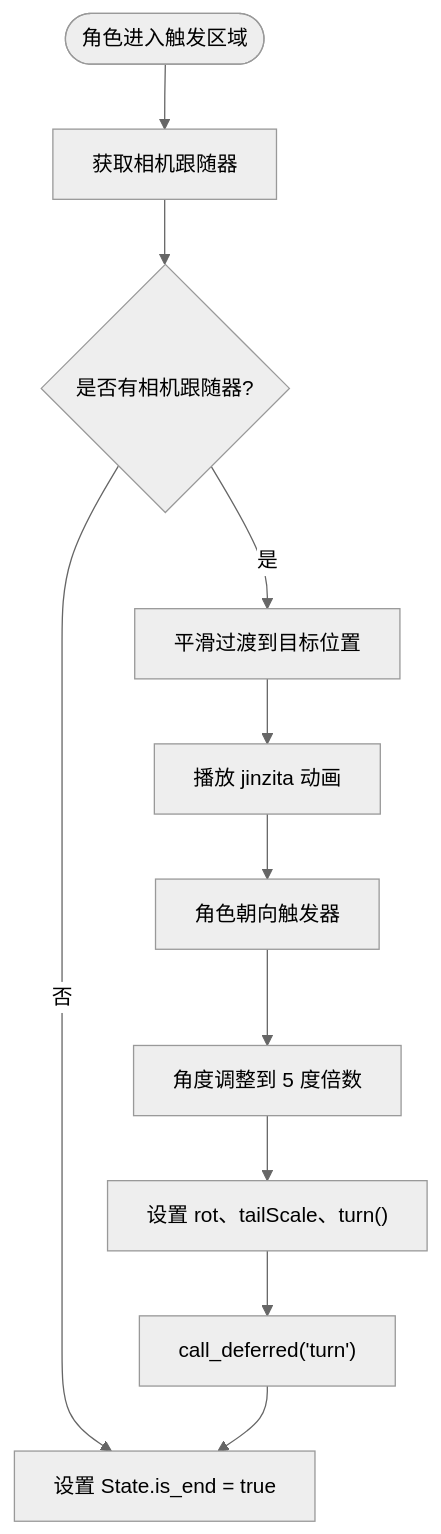
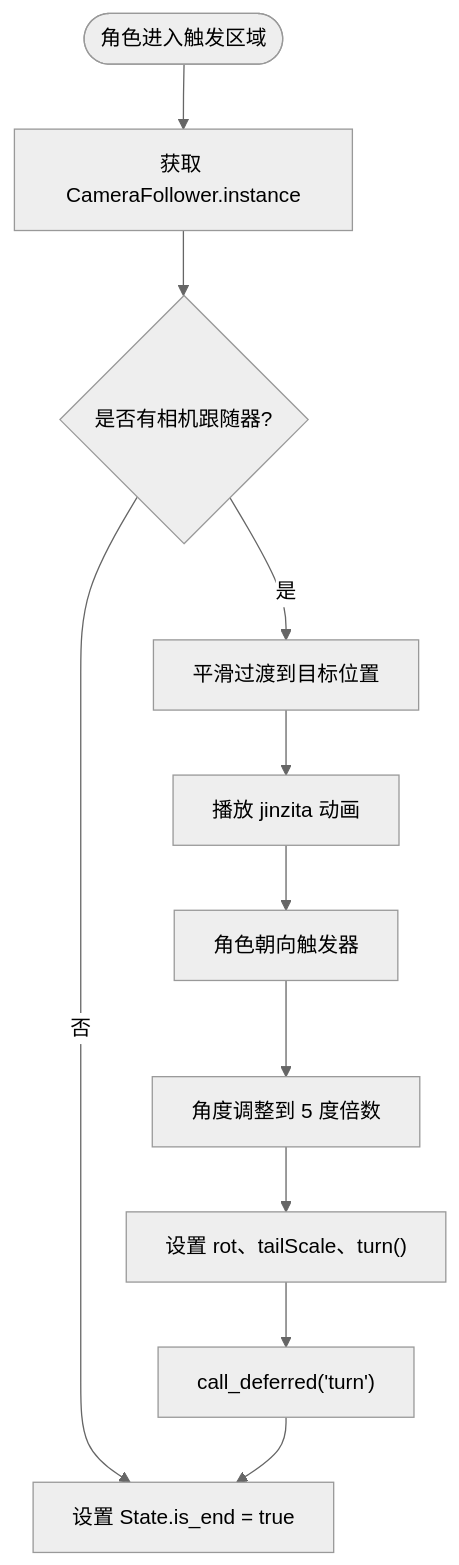
One commit to godotline/godot-line changed the sixth of 13 diagrams in .qoder/repowiki/zh/content/游戏系统/触发器系统/触发器系统.md. Above: the diagram before and after it, drawn with Mermaid (neutral theme). The commit also changed other lines of this file and 44 other files, not shown here.

````diff
--- a/.qoder/repowiki/zh/content/游戏系统/触发器系统/触发器系统.md
+++ b/.qoder/repowiki/zh/content/游戏系统/触发器系统/触发器系统.md
@@ -404,13 +428,13 @@
 ```mermaid
 flowchart TD
-Start(["角色进入触发区域"]) --> GetCamera["获取相机跟随器"]
+Start(["角色进入触发区域"]) --> GetCamera["获取 CameraFollower.instance"]
 GetCamera --> CheckCamera{"是否有相机跟随器?"}
 CheckCamera --> |否| SetEnd["设置 State.is_end = true"]
 CheckCamera --> |是| LerpCamera["平滑过渡到目标位置"]
 LerpCamera --> PlayAnim["播放 jinzita 动画"]
 PlayAnim --> LookAt["角色朝向触发器"]
 LookAt --> RoundAngle["角度调整到 5 度倍数"]
 RoundAngle --> SetFlags["设置 rot、tailScale、turn()"]
 SetFlags --> CallDeferred["call_deferred('turn')"]
 CallDeferred --> SetEnd
 ```
````
